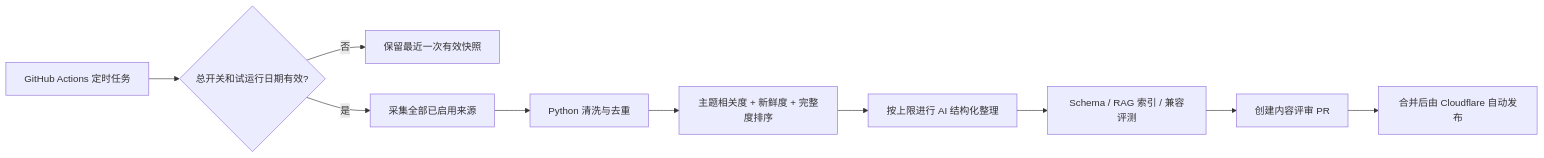
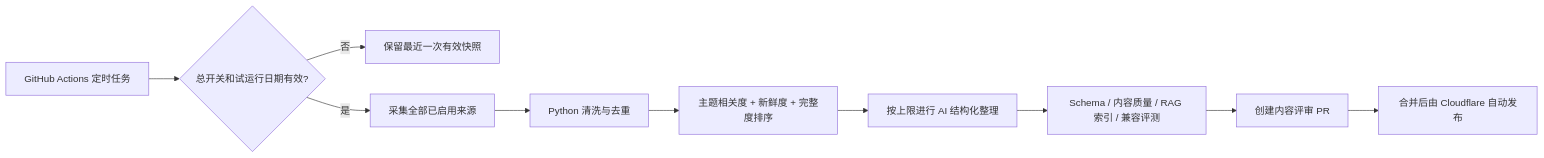
Before and after one commit to Dyj0926D/newseviday: the diagram in docs/内容更新与存储策略.md, drawn with Mermaid. The commit also changed other lines of this file and 37 other files, not shown here.

````diff
--- a/docs/内容更新与存储策略.md
+++ b/docs/内容更新与存储策略.md
@@ -9,12 +9,12 @@
 ```mermaid
 flowchart LR
     Cron["GitHub Actions 定时任务"] --> Switch{"总开关和试运行日期有效?"}
     Switch -- 否 --> Keep["保留最近一次有效快照"]
     Switch -- 是 --> Fetch["采集全部已启用来源"]
     Fetch --> Dedup["Python 清洗与去重"]
     Dedup --> Rank["主题相关度 + 新鲜度 + 完整度排序"]
     Rank --> Enrich["按上限进行 AI 结构化整理"]
-    Enrich --> Validate["Schema / RAG 索引 / 兼容评测"]
+    Enrich --> Validate["Schema / 内容质量 / RAG 索引 / 兼容评测"]
     Validate --> PR["创建内容评审 PR"]
     PR --> Publish["合并后由 Cloudflare 自动发布"]
 ```
````
